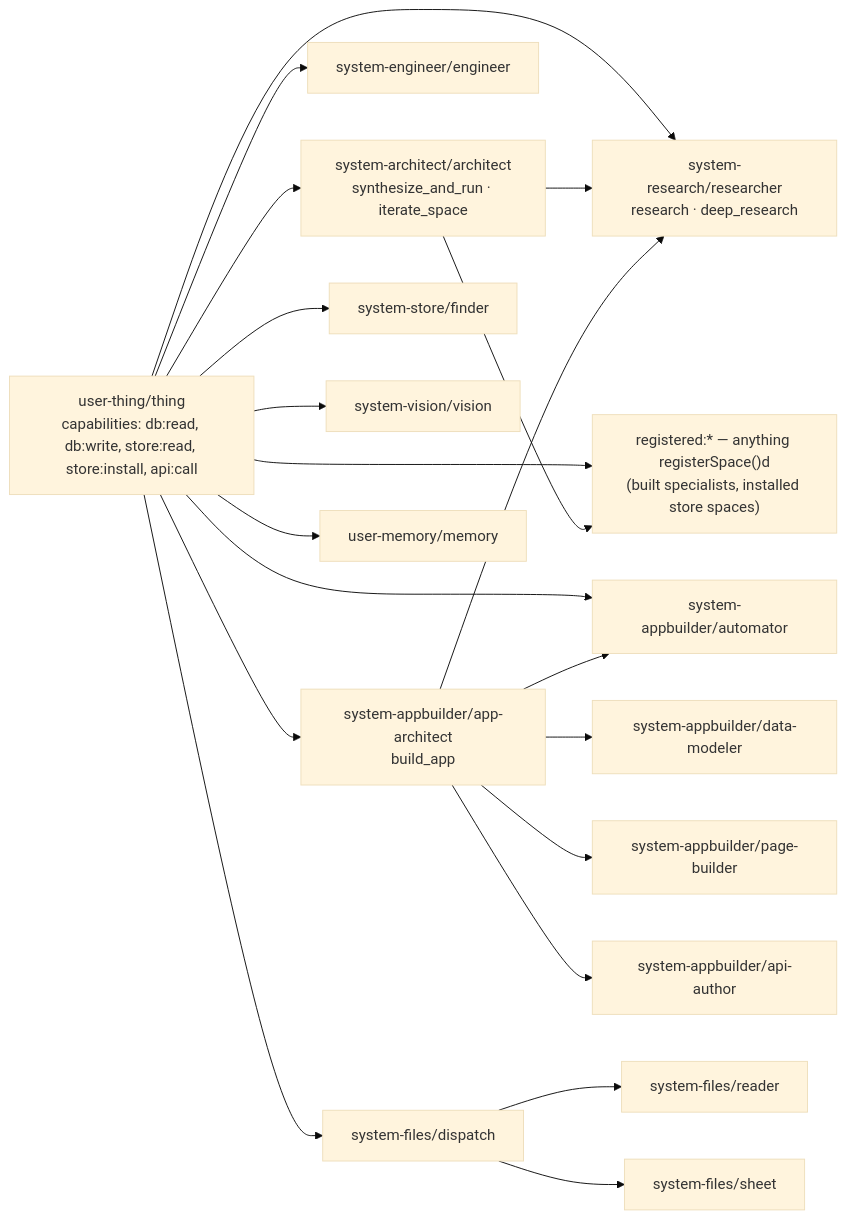
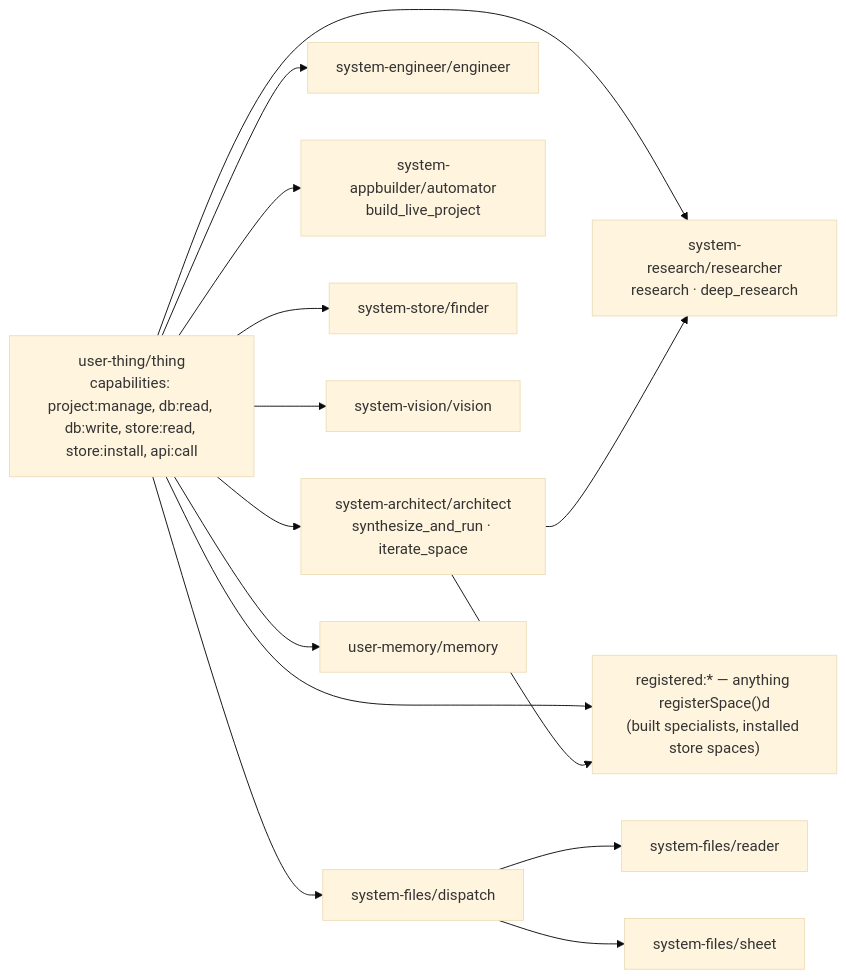
The diagram in org/docs/system-spaces/README.md (lmthing/lmthing), drawn with Mermaid (base theme) before and after one commit. The commit also changed other lines of this file and 21 other files, not shown here.

First line of the commit message:
docs+sdk: THING live-project creation; remove store-catalog app-authoring

````diff
--- a/org/docs/system-spaces/README.md
+++ b/org/docs/system-spaces/README.md
@@ -87,23 +83,17 @@
 ```mermaid
 flowchart LR
-  THING["user-thing/thing<br/>capabilities: db:read, db:write, store:read, store:install, api:call"]
+  THING["user-thing/thing<br/>capabilities: project:manage, db:read, db:write, store:read, store:install, api:call"]
   THING --> R["system-research/researcher<br/>research · deep_research"]
   THING --> A["system-architect/architect<br/>synthesize_and_run · iterate_space"]
   THING --> E["system-engineer/engineer"]
-  THING --> AA["system-appbuilder/app-architect<br/>build_app"]
-  THING --> AU["system-appbuilder/automator"]
+  THING --> AU["system-appbuilder/automator<br/>build_live_project"]
   THING --> F["system-store/finder"]
   THING --> V["system-vision/vision"]
   THING --> D["system-files/dispatch"]
   THING --> M["user-memory/memory"]
   THING --> REG["registered:* — anything registerSpace()d<br/>(built specialists, installed store spaces)"]
   D --> RD["system-files/reader"]
   D --> SH["system-files/sheet"]
   A --> R
   A --> REG
-  AA --> AU
-  AA --> DM["system-appbuilder/data-modeler"]
-  AA --> PB["system-appbuilder/page-builder"]
-  AA --> AP["system-appbuilder/api-author"]
-  AA --> R
 ```
````
